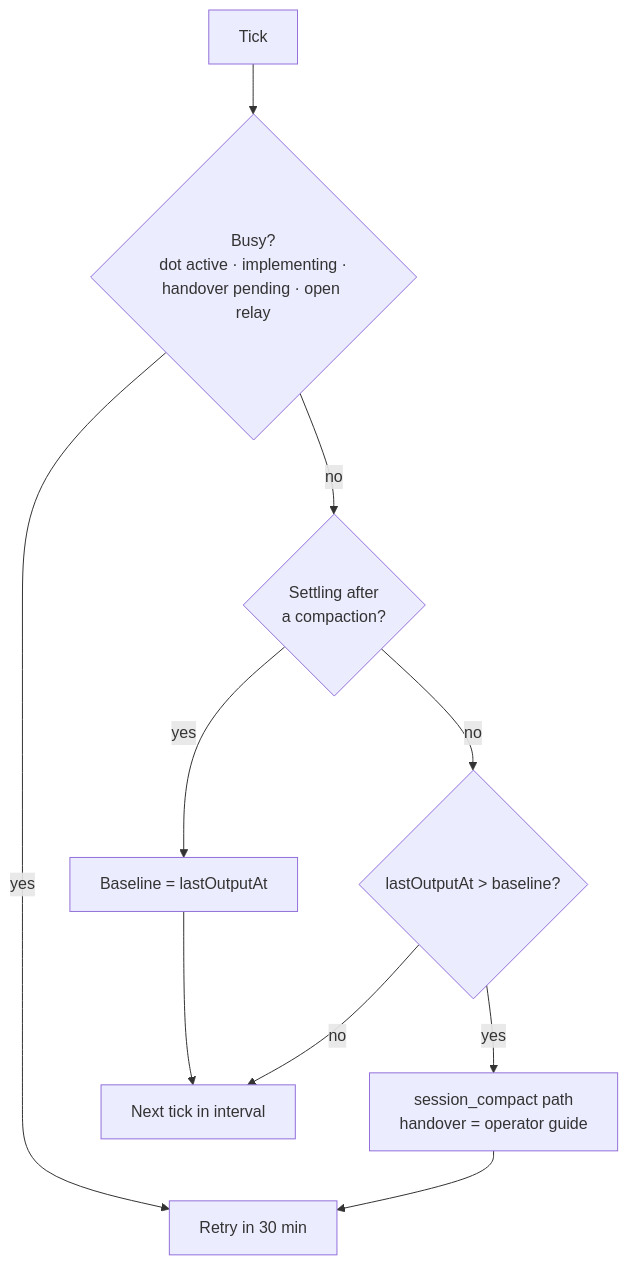
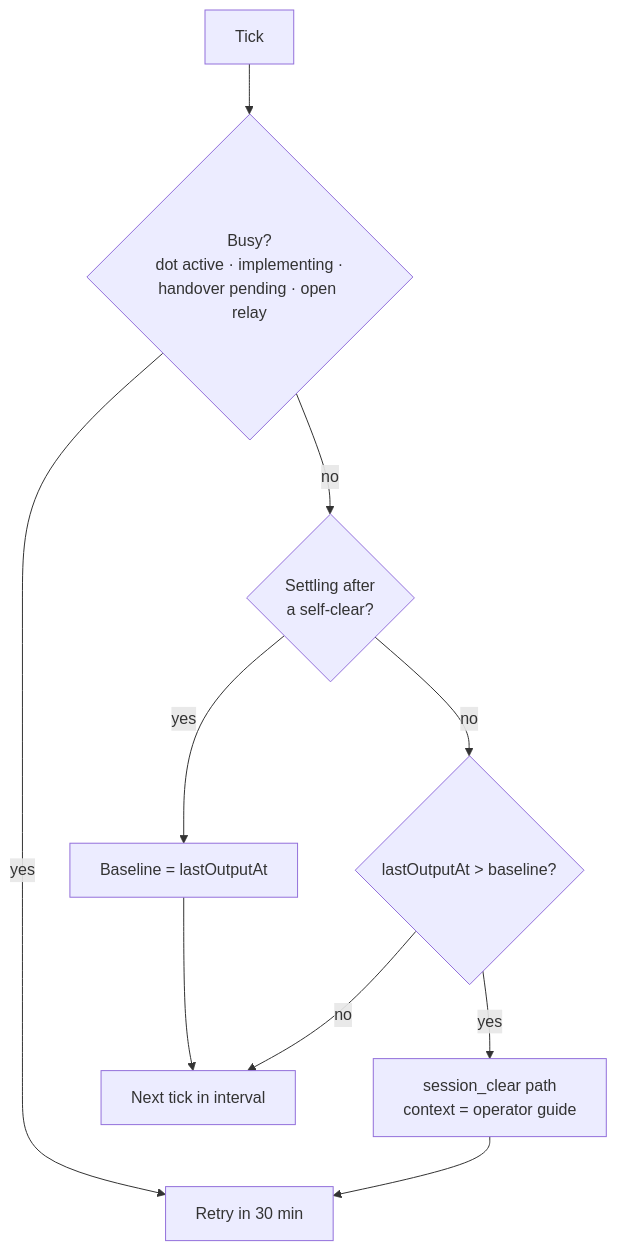
The sixth of 14 diagrams in docs/voice-operator.md (PetePeter/helm), drawn with Mermaid before and after one commit. The commit also changed other lines of this file and 6 other files, not shown here.

````diff
--- a/docs/voice-operator.md
+++ b/docs/voice-operator.md
@@ -188,10 +192,10 @@
   ```mermaid
   flowchart TD
       T[Tick] --> B{Busy?<br/>dot active · implementing ·<br/>handover pending · open relay}
       B -->|yes| R[Retry in 30 min]
-      B -->|no| S{Settling after<br/>a compaction?}
+      B -->|no| S{Settling after<br/>a self-clear?}
       S -->|yes| RB[Baseline = lastOutputAt] --> N[Next tick in interval]
       S -->|no| A{lastOutputAt > baseline?}
       A -->|no| N
-      A -->|yes| C[session_compact path<br/>handover = operator guide] --> R
+      A -->|yes| C[session_clear path<br/>context = operator guide] --> R
   ```
````
